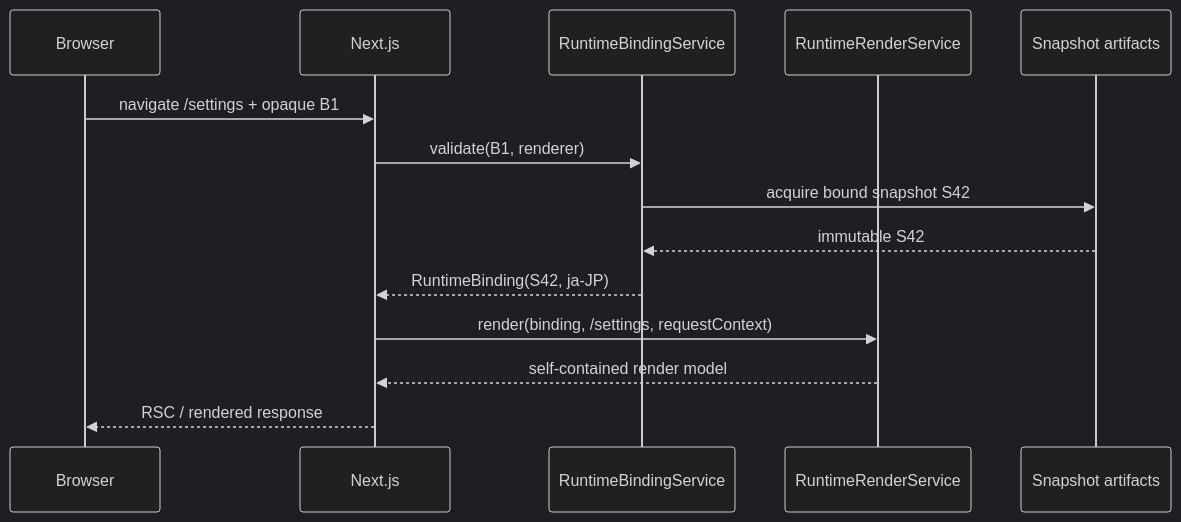
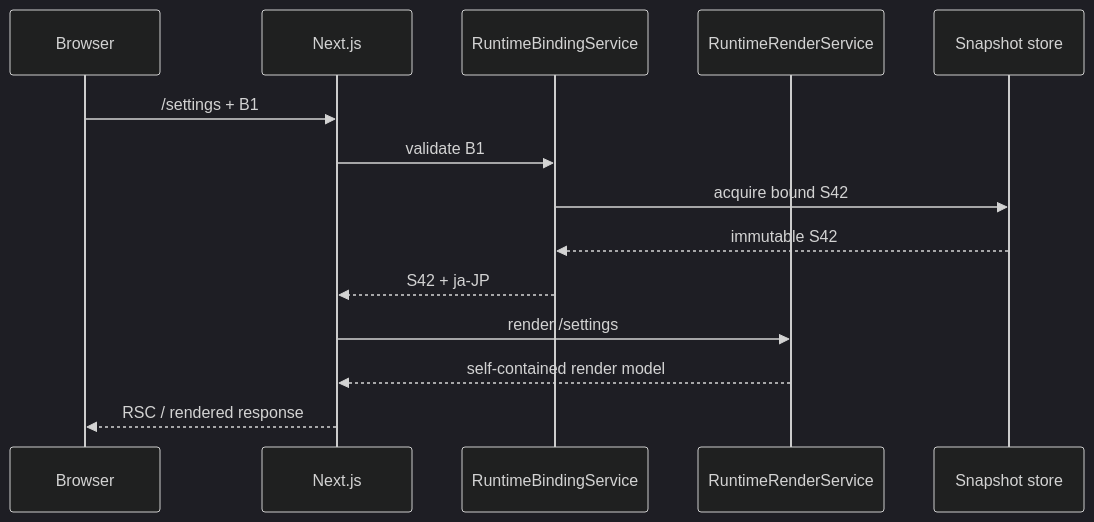
One commit to taskmigo/docs changed the third of 11 diagrams in content/versions/v0/developer/resource-runtime.mdx. Above: the diagram before and after it, drawn with Mermaid (dark theme). The commit also changed other lines of this file, not shown here.

Commit message:
docs: streamline runtime binding implementation

````diff
--- a/content/versions/v0/developer/resource-runtime.mdx
+++ b/content/versions/v0/developer/resource-runtime.mdx
@@ -182,17 +143,17 @@
 ```mermaid
 sequenceDiagram
   participant Browser
   participant Next as Next.js
   participant Binding as RuntimeBindingService
   participant Render as RuntimeRenderService
-  participant Snapshot as Snapshot artifacts
+  participant Store as Snapshot store
 
-  Browser->>Next: navigate /settings + opaque B1
-  Next->>Binding: validate(B1, renderer)
-  Binding->>Snapshot: acquire bound snapshot S42
-  Snapshot-->>Binding: immutable S42
-  Binding-->>Next: RuntimeBinding(S42, ja-JP)
-  Next->>Render: render(binding, /settings, requestContext)
+  Browser->>Next: /settings + B1
+  Next->>Binding: validate B1
+  Binding->>Store: acquire bound S42
+  Store-->>Binding: immutable S42
+  Binding-->>Next: S42 + ja-JP
+  Next->>Render: render /settings
   Render-->>Next: self-contained render model
   Next-->>Browser: RSC / rendered response
 ```
````
